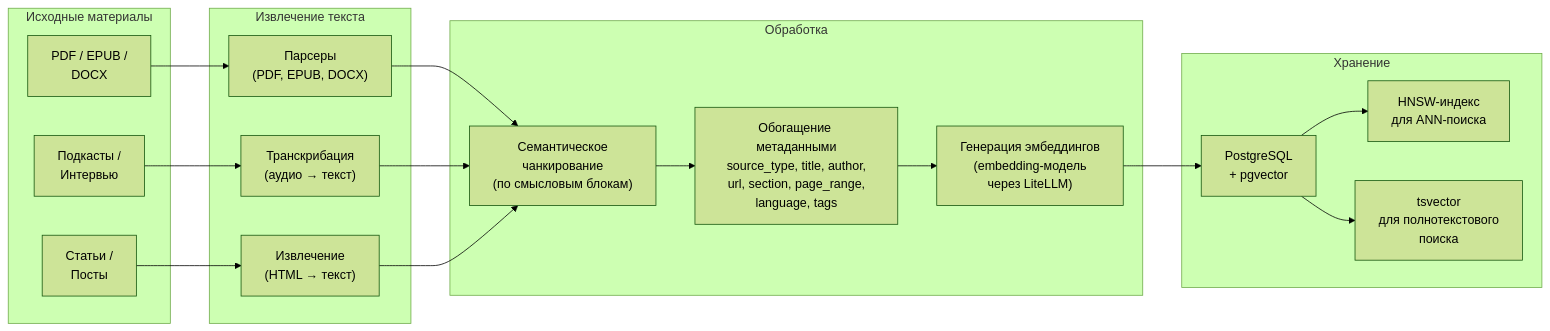
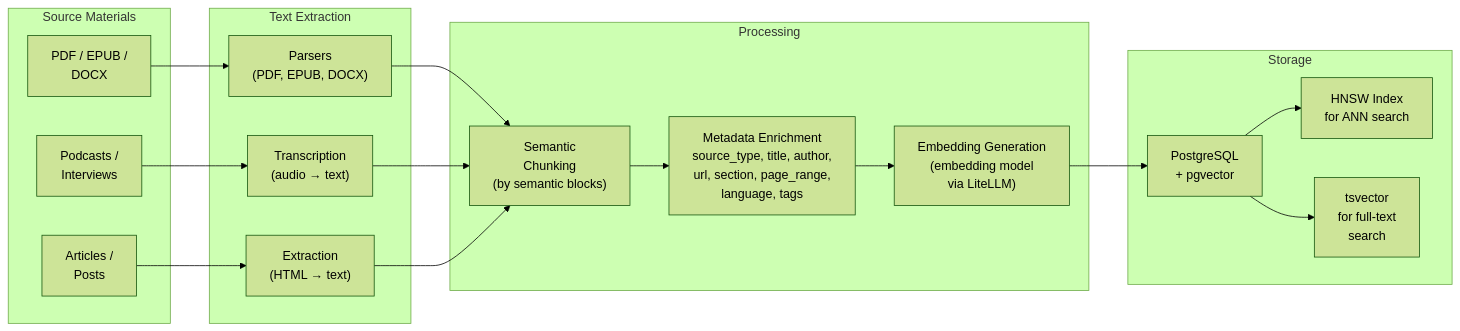
One commit to itechmeat/twype-voice changed diagram 15 of 25 in docs/architecture.md. Above: the diagram before and after it, drawn with Mermaid (forest theme). The commit also changed other lines of this file and 30 other files, not shown here.

````diff
--- a/docs/architecture.md
+++ b/docs/architecture.md
@@ -712,39 +712,39 @@
 ```mermaid
 flowchart LR
-    subgraph SOURCES["Исходные материалы"]
+    subgraph SOURCES["Source Materials"]
         PDF["PDF / EPUB /<br/>DOCX"]
-        AUDIO["Подкасты /<br/>Интервью"]
-        WEB["Статьи /<br/>Посты"]
+        AUDIO["Podcasts /<br/>Interviews"]
+        WEB["Articles /<br/>Posts"]
     end
 
-    subgraph EXTRACT["Извлечение текста"]
-        PARSER["Парсеры<br/>(PDF, EPUB, DOCX)"]
-        TRANSCRIBE["Транскрибация<br/>(аудио → текст)"]
-        SCRAPER["Извлечение<br/>(HTML → текст)"]
+    subgraph EXTRACT["Text Extraction"]
+        PARSER["Parsers<br/>(PDF, EPUB, DOCX)"]
+        TRANSCRIBE["Transcription<br/>(audio → text)"]
+        SCRAPER["Extraction<br/>(HTML → text)"]
     end
 
-    subgraph PROCESS["Обработка"]
-        CHUNK["Семантическое<br/>чанкирование<br/>(по смысловым блокам)"]
-        META["Обогащение метаданными<br/>source_type, title, author,<br/>url, section, page_range,<br/>language, tags"]
-        EMBED["Генерация эмбеддингов<br/>(embedding-модель<br/>через LiteLLM)"]
+    subgraph PROCESS["Processing"]
+        CHUNK["Semantic<br/>Chunking<br/>(by semantic blocks)"]
+        META["Metadata Enrichment<br/>source_type, title, author,<br/>url, section, page_range,<br/>language, tags"]
+        EMBED["Embedding Generation<br/>(embedding model<br/>via LiteLLM)"]
     end
 
-    subgraph STORE["Хранение"]
+    subgraph STORE["Storage"]
         PG["PostgreSQL<br/>+ pgvector"]
-        IDX["HNSW-индекс<br/>для ANN-поиска"]
-        FTS["tsvector<br/>для полнотекстового<br/>поиска"]
+        IDX["HNSW Index<br/>for ANN search"]
+        FTS["tsvector<br/>for full-text<br/>search"]
     end
 
     PDF --> PARSER
     AUDIO --> TRANSCRIBE
     WEB --> SCRAPER
 
     PARSER --> CHUNK
     TRANSCRIBE --> CHUNK
     SCRAPER --> CHUNK
 
     CHUNK --> META --> EMBED
     EMBED --> PG
     PG --> IDX
     PG --> FTS
 ```
````
